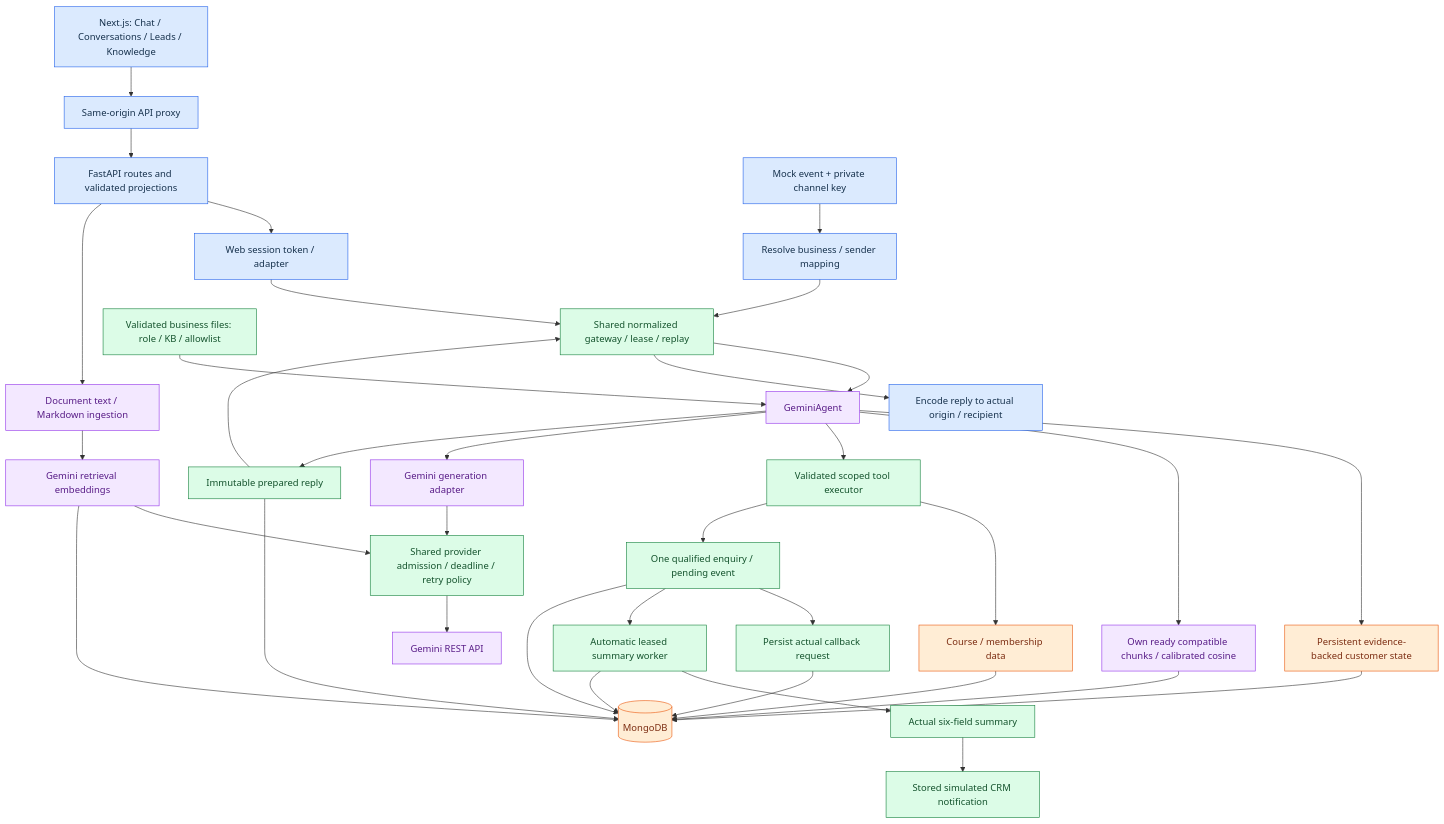
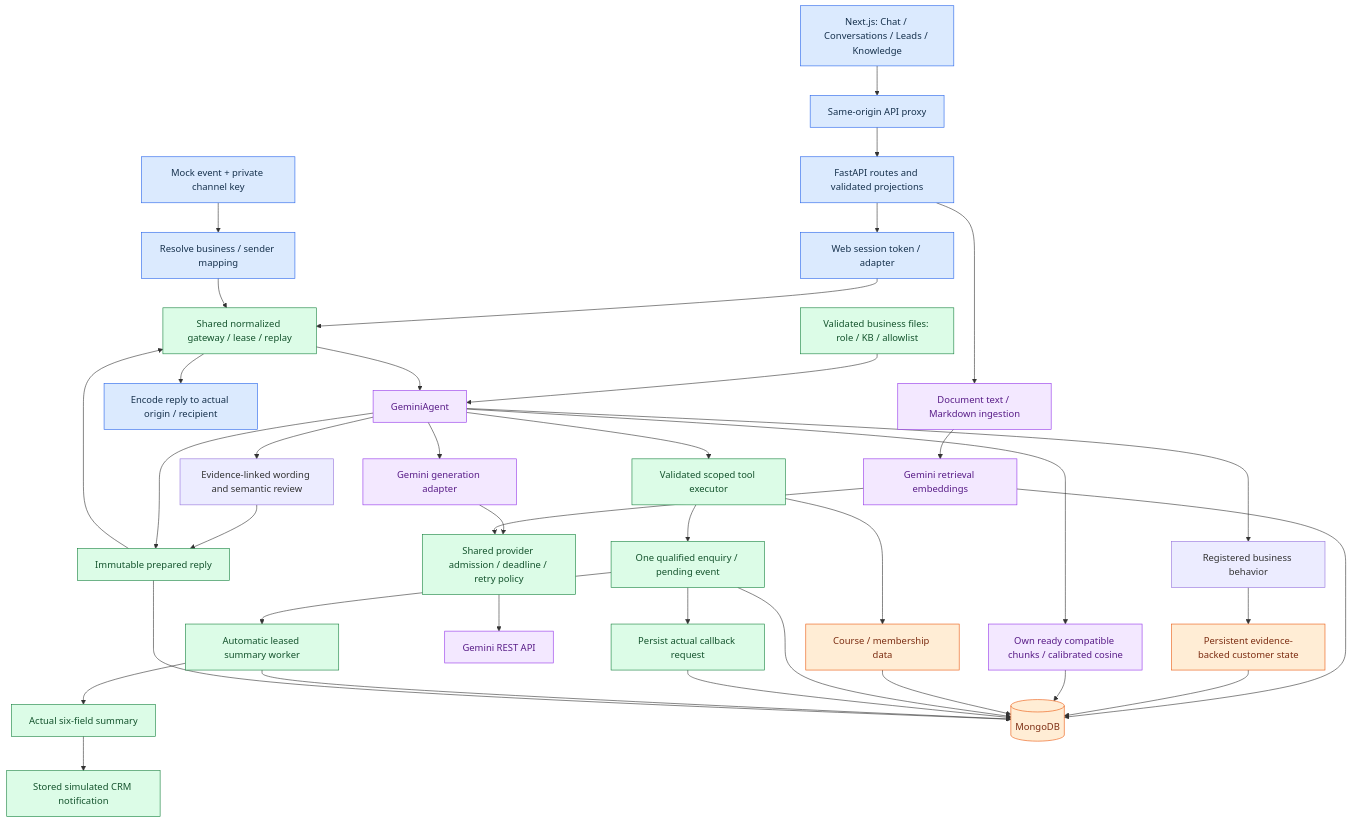
One commit to javed1310/conversa-ai-assessment changed the diagram in docs/ARCHITECTURE.md. Above: the diagram before and after it, drawn with Mermaid. The commit also changed other lines of this file and 145 other files, not shown here.

````diff
--- a/docs/ARCHITECTURE.md
+++ b/docs/ARCHITECTURE.md
@@ -3,47 +3,50 @@
 ```mermaid
 flowchart TD
   UI[Next.js: Chat / Conversations / Leads / Knowledge] --> Proxy[Same-origin API proxy]
   Proxy --> API[FastAPI routes and validated projections]
   External[Mock event + private channel key] --> Adapter[Resolve business / sender mapping]
   API --> Web[Web session token / adapter]
   Web --> Gateway[Shared normalized gateway / lease / replay]
   Adapter --> Gateway
   Config[Validated business files: role / KB / allowlist] --> Agent[GeminiAgent]
   Gateway --> Agent
-  Agent --> State[Persistent evidence-backed customer state]
+  Agent --> Behavior[Registered business behavior]
+  Behavior --> State[Persistent evidence-backed customer state]
+  Agent --> Reply[Evidence-linked wording and semantic review]
+  Reply --> Seal
   Agent --> RAG[Own ready compatible chunks / calibrated cosine]
   Agent --> Tools[Validated scoped tool executor]
   Agent --> Model[Gemini generation adapter]
   Model --> Budget[Shared provider admission / deadline / retry policy]
   Budget --> Remote[Gemini REST API]
   Tools --> Reads[Course / membership data]
   Tools --> Lead[One qualified enquiry / pending event]
   Lead --> Callback[Persist actual callback request]
   Lead --> Worker[Automatic leased summary worker]
   Worker --> Summary[Actual six-field summary]
   Summary --> Notify[Stored simulated CRM notification]
   Agent --> Seal[Immutable prepared reply]
   Seal --> Gateway
   Gateway --> Origin[Encode reply to actual origin / recipient]
   API --> Ingest[Document text / Markdown ingestion]
   Ingest --> Embedding[Gemini retrieval embeddings]
   Embedding --> Budget
   Embedding --> DB[(MongoDB)]
   State --> DB
   RAG --> DB
   Reads --> DB
   Lead --> DB
   Callback --> DB
   Worker --> DB
   Seal --> DB
   classDef ui fill:#dbeafe,stroke:#2563eb,color:#17324d
   classDef core fill:#dcfce7,stroke:#15803d,color:#14532d
   classDef ai fill:#f3e8ff,stroke:#9333ea,color:#581c87
   classDef data fill:#ffedd5,stroke:#ea580c,color:#7c2d12
   class UI,Proxy,External,API,Web,Adapter,Origin ui
   class Gateway,Config,Tools,Lead,Callback,Worker,Summary,Notify,Seal core
   class Agent,Model,RAG,Ingest,Embedding ai
   class Budget core
   class Remote ai
   class DB,State,Reads data
 ```
````
